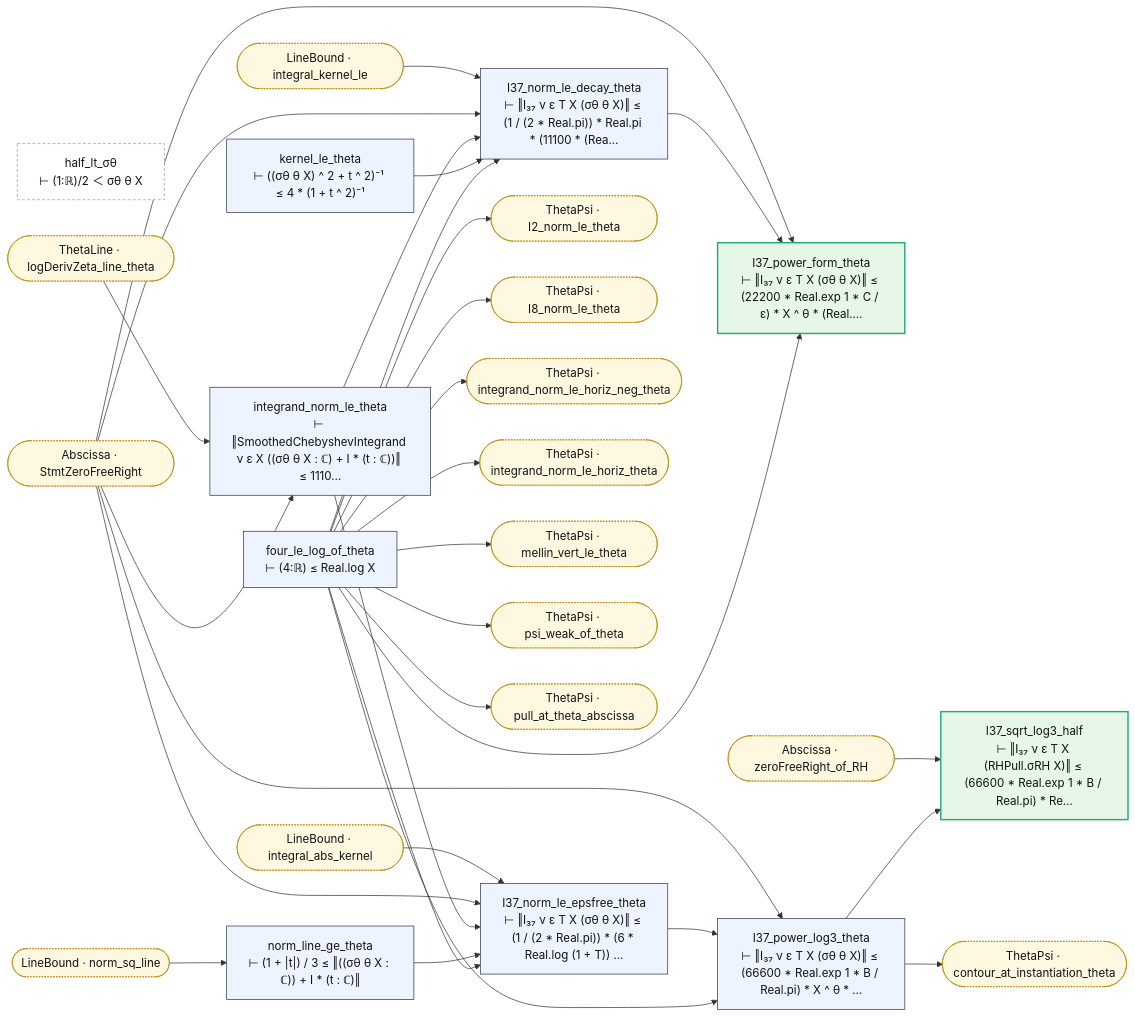
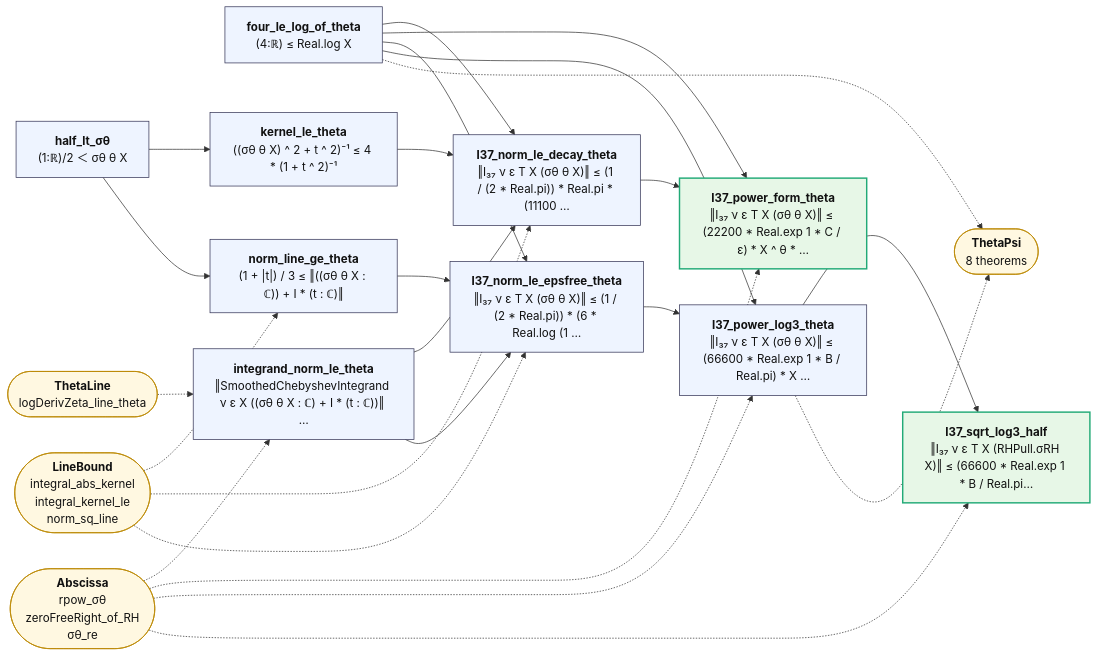
One commit to juliansambranojr/Primebeat_081426 changed the diagram in map/lean_stage3/ThetaPull.md. Above: the diagram before and after it, drawn with Mermaid. The commit also changed other lines of this file and 387 other files, not shown here.

````diff
--- a/map/lean_stage3/ThetaPull.md
+++ b/map/lean_stage3/ThetaPull.md
@@ -8,62 +12,45 @@
 ```mermaid
 flowchart LR
-  n0["half_lt_σθ<br/>⊢ (1:ℝ)/2 ＜ σθ θ X"]:::lone
-  n1["four_le_log_of_theta<br/>⊢ (4:ℝ) ≤ Real.log X"]:::thm
-  n2["kernel_le_theta<br/>⊢ ((σθ θ X) ^ 2 + t ^ 2)⁻¹ ≤ 4 * (1 + t ^ 2)⁻¹"]:::thm
-  n3["norm_line_ge_theta<br/>⊢ (1 + |t|) / 3 ≤ ‖((σθ θ X : ℂ)) + I * (t : ℂ)‖"]:::thm
-  n4["integrand_norm_le_theta<br/>⊢ ‖SmoothedChebyshevIntegrand ν ε X ((σθ θ X : ℂ) + I * (t : ℂ))‖ ≤ 1110…"]:::thm
-  n5["I37_norm_le_decay_theta<br/>⊢ ‖I₃₇ ν ε T X (σθ θ X)‖ ≤ (1 / (2 * Real.pi)) * Real.pi * (11100 * (Rea…"]:::thm
-  n6["I37_power_form_theta<br/>⊢ ‖I₃₇ ν ε T X (σθ θ X)‖ ≤ (22200 * Real.exp 1 * C / ε) * X ^ θ * (Real.…"]:::end_
-  n7["I37_norm_le_epsfree_theta<br/>⊢ ‖I₃₇ ν ε T X (σθ θ X)‖ ≤ (1 / (2 * Real.pi)) * (6 * Real.log (1 + T)) …"]:::thm
-  n8["I37_power_log3_theta<br/>⊢ ‖I₃₇ ν ε T X (σθ θ X)‖ ≤ (66600 * Real.exp 1 * B / Real.pi) * X ^ θ * …"]:::thm
-  n9["I37_sqrt_log3_half<br/>⊢ ‖I₃₇ ν ε T X (RHPull.σRH X)‖ ≤ (66600 * Real.exp 1 * B / Real.pi) * Re…"]:::end_
-  x0(["Abscissa · StmtZeroFreeRight"]):::ext
-  x1(["Abscissa · zeroFreeRight_of_RH"]):::ext
-  x2(["LineBound · integral_abs_kernel"]):::ext
-  x3(["LineBound · integral_kernel_le"]):::ext
-  x4(["LineBound · norm_sq_line"]):::ext
-  x5(["ThetaLine · logDerivZeta_line_theta"]):::ext
-  x6(["ThetaPsi · I2_norm_le_theta"]):::ext
-  x7(["ThetaPsi · I8_norm_le_theta"]):::ext
-  x8(["ThetaPsi · contour_at_instantiation_theta"]):::ext
-  x9(["ThetaPsi · integrand_norm_le_horiz_neg_theta"]):::ext
-  x10(["ThetaPsi · integrand_norm_le_horiz_theta"]):::ext
-  x11(["ThetaPsi · mellin_vert_le_theta"]):::ext
-  x12(["ThetaPsi · psi_weak_of_theta"]):::ext
-  x13(["ThetaPsi · pull_at_theta_abscissa"]):::ext
+  n0["<b>half_lt_σθ</b><br/>(1:ℝ)/2 ＜ σθ θ X"]:::thm
+  n1["<b>four_le_log_of_theta</b><br/>(4:ℝ) ≤ Real.log X"]:::thm
+  n2["<b>kernel_le_theta</b><br/>((σθ θ X) ^ 2 + t ^ 2)⁻¹ ≤ 4 * (1 + t ^ 2)⁻¹"]:::thm
+  n3["<b>norm_line_ge_theta</b><br/>(1 + |t|) / 3 ≤ ‖((σθ θ X : ℂ)) + I * (t : ℂ)‖"]:::thm
+  n4["<b>integrand_norm_le_theta</b><br/>‖SmoothedChebyshevIntegrand ν ε X ((σθ θ X : ℂ) + I * (t : ℂ))‖ …"]:::thm
+  n5["<b>I37_norm_le_decay_theta</b><br/>‖I₃₇ ν ε T X (σθ θ X)‖ ≤ (1 / (2 * Real.pi)) * Real.pi * (11100 …"]:::thm
+  n6["<b>I37_power_form_theta</b><br/>‖I₃₇ ν ε T X (σθ θ X)‖ ≤ (22200 * Real.exp 1 * C / ε) * X ^ θ * …"]:::end_
+  n7["<b>I37_norm_le_epsfree_theta</b><br/>‖I₃₇ ν ε T X (σθ θ X)‖ ≤ (1 / (2 * Real.pi)) * (6 * Real.log (1 …"]:::thm
+  n8["<b>I37_power_log3_theta</b><br/>‖I₃₇ ν ε T X (σθ θ X)‖ ≤ (66600 * Real.exp 1 * B / Real.pi) * X …"]:::thm
+  n9["<b>I37_sqrt_log3_half</b><br/>‖I₃₇ ν ε T X (RHPull.σRH X)‖ ≤ (66600 * Real.exp 1 * B / Real.pi…"]:::end_
+  x0(["<b>ThetaPsi</b><br/>8 theorems"]):::ext
+  x1(["<b>LineBound</b><br/>integral_abs_kernel<br/>integral_kernel_le<br/>norm_sq_line"]):::ext
+  x2(["<b>Abscissa</b><br/>rpow_σθ<br/>zeroFreeRight_of_RH<br/>σθ_re"]):::ext
+  x3(["<b>ThetaLine</b><br/>logDerivZeta_line_theta"]):::ext
+  n0 --> n2
+  n0 --> n3
   n1 --> n5
   n1 --> n6
   n1 --> n7
   n1 --> n8
-  n1 --> x10
-  n1 --> x11
-  n1 --> x12
-  n1 --> x13
-  n1 --> x6
-  n1 --> x7
-  n1 --> x9
   n2 --> n5
   n3 --> n7
   n4 --> n5
   n4 --> n7
   n5 --> n6
   n7 --> n8
   n8 --> n9
-  n8 --> x8
-  x0 --> n4
-  x0 --> n5
-  x0 --> n6
-  x0 --> n7
-  x0 --> n8
-  x1 --> n9
-  x2 --> n7
-  x3 --> n5
-  x4 --> n3
-  x5 --> n4
+  n1 -.-> x0
+  n8 -.-> x0
+  x1 -.-> n3
+  x1 -.-> n5
+  x1 -.-> n7
+  x2 -.-> n4
+  x2 -.-> n6
+  x2 -.-> n8
+  x2 -.-> n9
+  x3 -.-> n4
   classDef thm fill:#eef4ff,stroke:#335,color:#111
-  classDef dfn fill:#f2f2f2,stroke:#777,color:#111
   classDef end_ fill:#e7f7e7,stroke:#2a7,color:#111,stroke-width:2px
   classDef lone fill:#fff,stroke:#999,color:#111,stroke-dasharray:4 3
   classDef bad fill:#ffe5e5,stroke:#c22,color:#111,stroke-width:2px
-  classDef ext fill:#fff8e1,stroke:#b80,color:#111,stroke-dasharray:2 2
+  classDef ext fill:#fff8e1,stroke:#b80,color:#111
 ```
````
